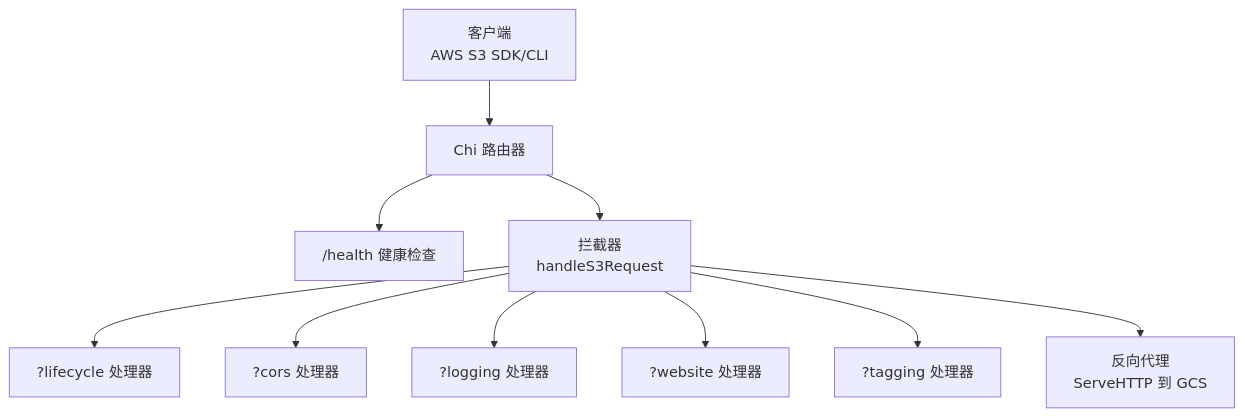
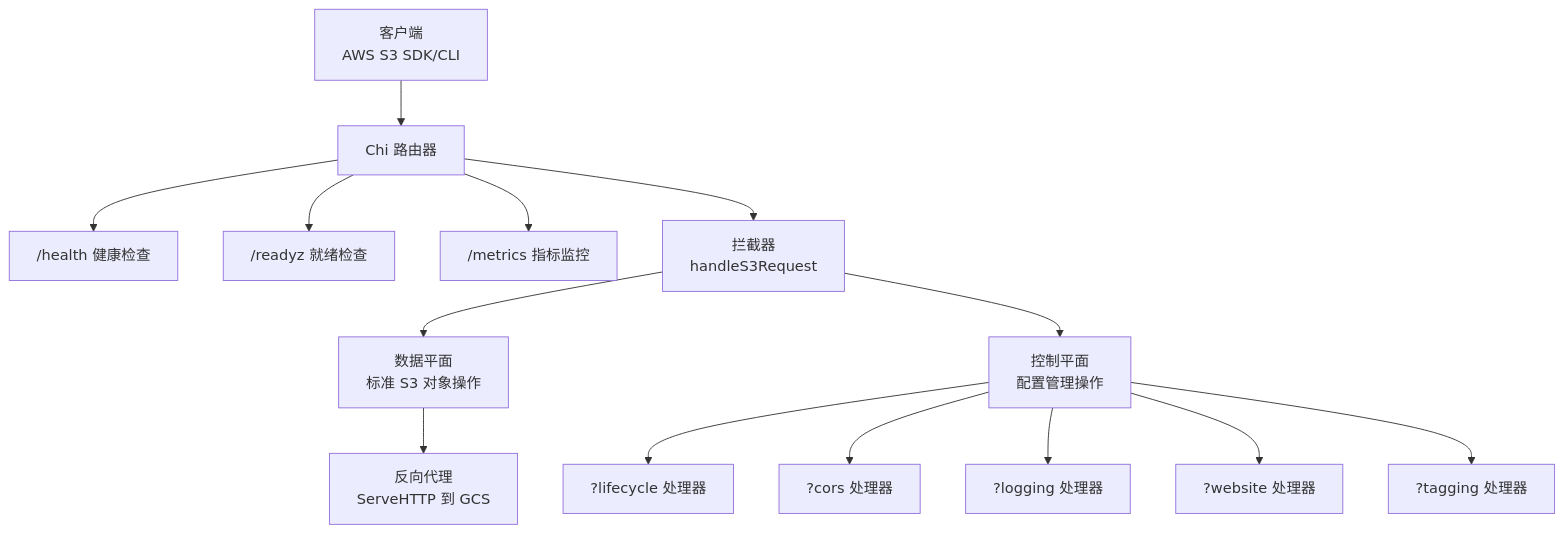
Before and after one commit to flying1574/S3Proxy4GCS: the first of 6 diagrams in .qoder/repowiki/zh/content/API参考/API参考.md, drawn with Mermaid. The commit also changed other lines of this file and 10 other files, not shown here.

````diff
--- a/.qoder/repowiki/zh/content/API参考/API参考.md
+++ b/.qoder/repowiki/zh/content/API参考/API参考.md
@@ -54,12 +70,16 @@
 ```mermaid
 graph TB
 Client["客户端<br/>AWS S3 SDK/CLI"] --> Router["Chi 路由器"]
 Router --> Health["/health 健康检查"]
+Router --> Readyz["/readyz 就绪检查"]
+Router --> Metrics["/metrics 指标监控"]
 Router --> Intercept["拦截器<br/>handleS3Request"]
-Intercept --> Lifecycle["?lifecycle 处理器"]
-Intercept --> CORS["?cors 处理器"]
-Intercept --> Logging["?logging 处理器"]
-Intercept --> Website["?website 处理器"]
-Intercept --> Tagging["?tagging 处理器"]
-Intercept --> Passthrough["反向代理<br/>ServeHTTP 到 GCS"]
+Intercept --> DataPlane["数据平面<br/>标准 S3 对象操作"]
+Intercept --> ControlPlane["控制平面<br/>配置管理操作"]
+ControlPlane --> Lifecycle["?lifecycle 处理器"]
+ControlPlane --> CORS["?cors 处理器"]
+ControlPlane --> Logging["?logging 处理器"]
+ControlPlane --> Website["?website 处理器"]
+ControlPlane --> Tagging["?tagging 处理器"]
+DataPlane --> Passthrough["反向代理<br/>ServeHTTP 到 GCS"]
 ```
````
